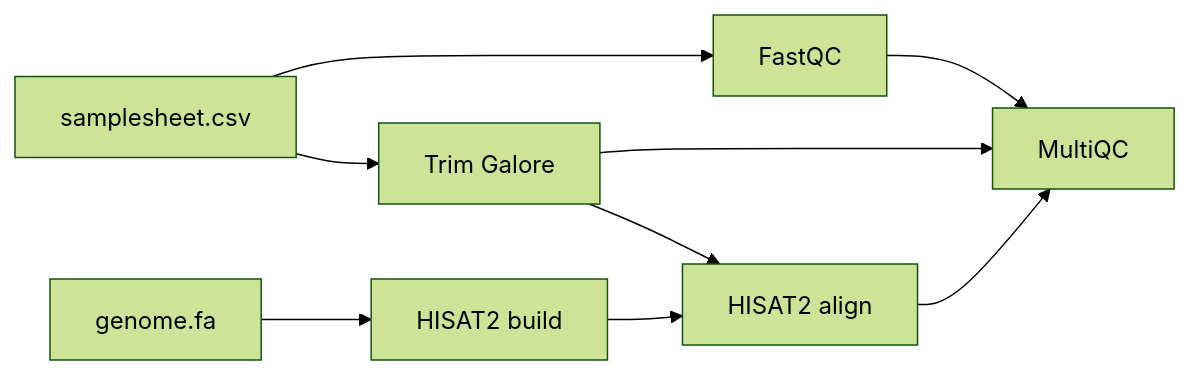
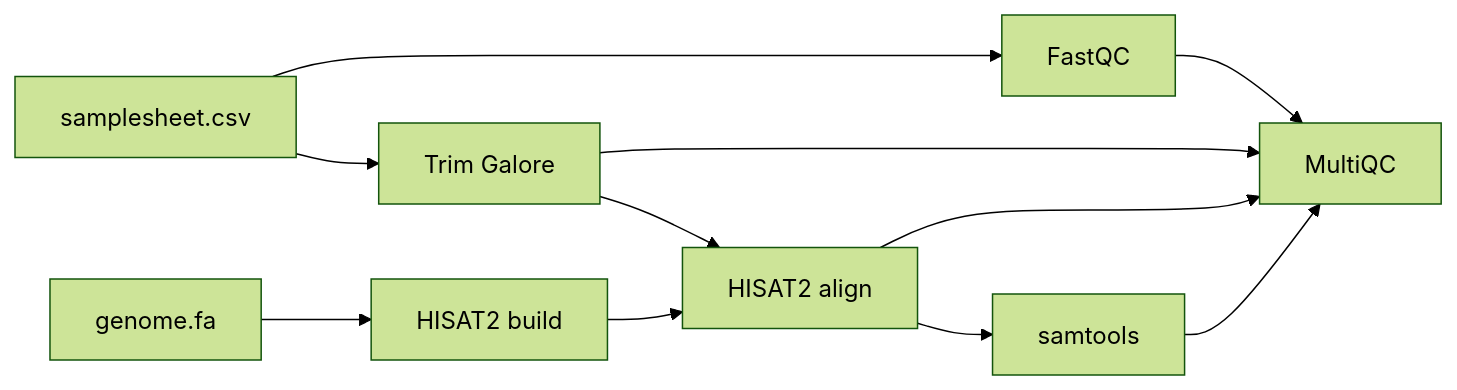
The diagram in README.md (omarelrhoul-cloud/mini-rnaseq-nf), drawn with Mermaid (forest theme) before and after one commit. The commit also changed other lines of this file and 2 other files, not shown here.

Commit message:
Add samtools sort, index and flagstat

````diff
--- a/README.md
+++ b/README.md
@@ -7,11 +7,13 @@
 ```mermaid
 flowchart LR
     A[samplesheet.csv] --> B[FastQC]
     A --> C[Trim Galore]
     G[genome.fa] --> D[HISAT2 build]
     C --> E[HISAT2 align]
     D --> E
     B --> F[MultiQC]
     C --> F
+    E --> H[samtools]
     E --> F
+    H --> F
 ```
````
